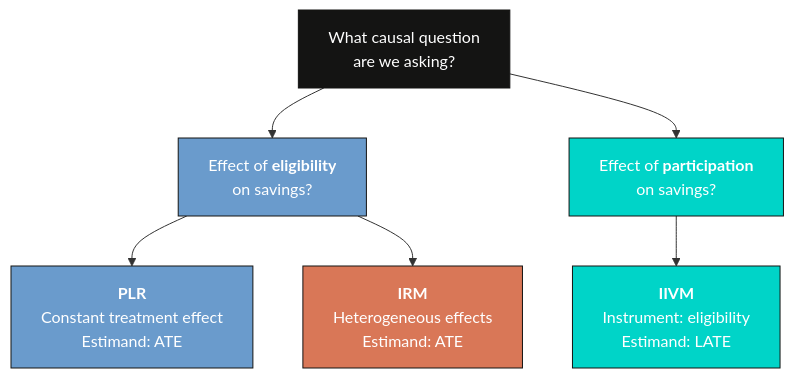
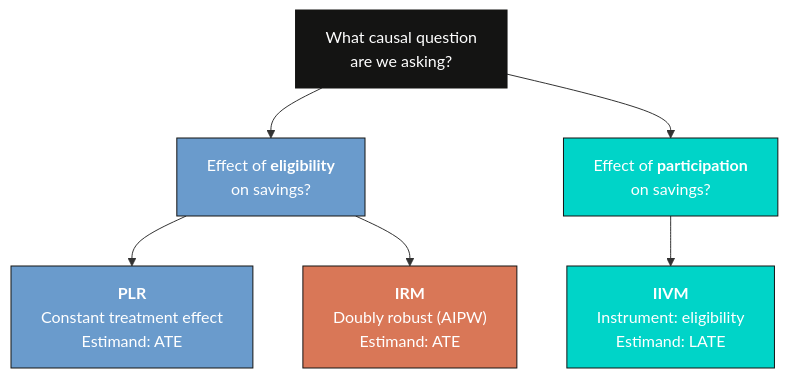
The second of 2 diagrams in content/post/python_doubleml_pension/index.md (cmg777/starter-academic-v501), drawn with Mermaid before and after one commit. The commit also changed other lines of this file, not shown here.

First line of the commit message:
Revise PLR vs IRM framing: estimation strategy, not heterogeneity

````diff
--- a/content/post/python_doubleml_pension/index.md
+++ b/content/post/python_doubleml_pension/index.md
@@ -83,15 +83,15 @@
 ```mermaid
 graph TD
     Q["What causal question<br/>are we asking?"] --> A["Effect of <b>eligibility</b><br/>on savings?"]
     Q --> B["Effect of <b>participation</b><br/>on savings?"]
     A --> PLR["<b>PLR</b><br/>Constant treatment effect<br/>Estimand: ATE"]
-    A --> IRM["<b>IRM</b><br/>Heterogeneous effects<br/>Estimand: ATE"]
+    A --> IRM["<b>IRM</b><br/>Doubly robust (AIPW)<br/>Estimand: ATE"]
     B --> IIVM["<b>IIVM</b><br/>Instrument: eligibility<br/>Estimand: LATE"]
 
     style Q fill:#141413,stroke:#141413,color:#fff
     style A fill:#6a9bcc,stroke:#141413,color:#fff
     style B fill:#00d4c8,stroke:#141413,color:#fff
     style PLR fill:#6a9bcc,stroke:#141413,color:#fff
     style IRM fill:#d97757,stroke:#141413,color:#fff
     style IIVM fill:#00d4c8,stroke:#141413,color:#fff
 ```
````
